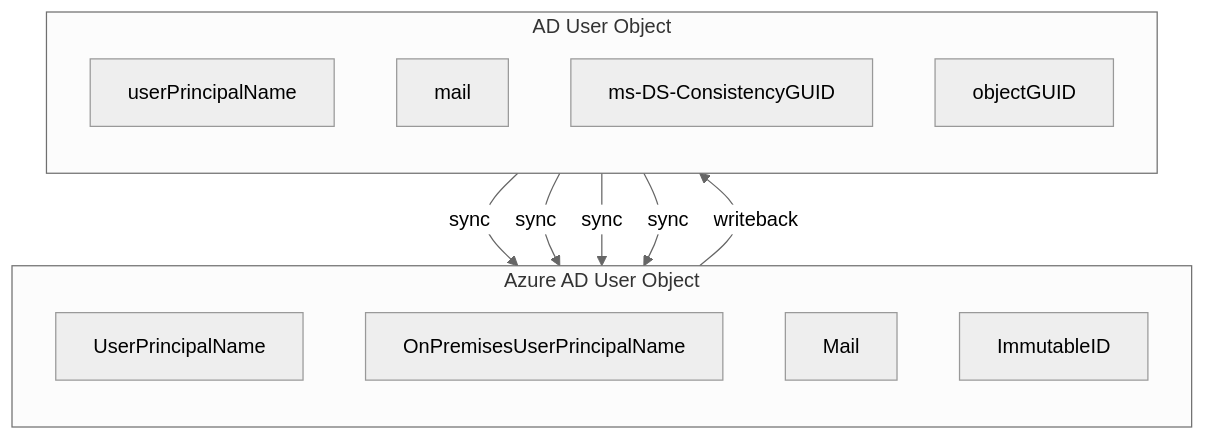
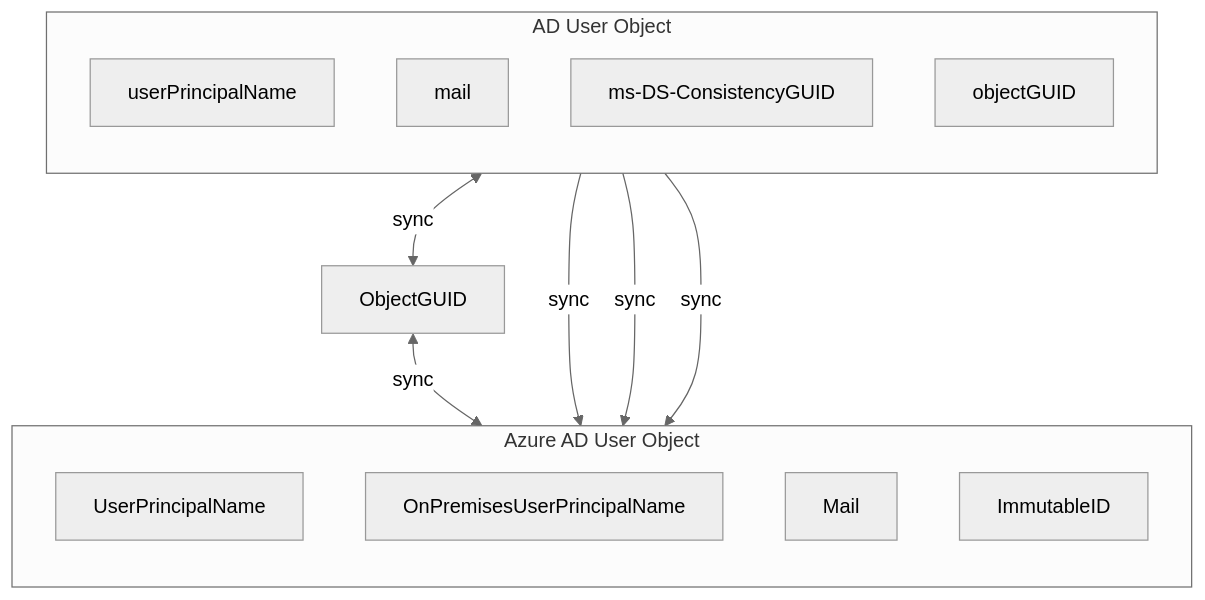
Before and after one commit to amasse3/AzureAD-Baseline-MLZ: the diagram in doc/AAD-CertificateBasedAuthentication-DODPKI.md, drawn with Mermaid (neutral theme).

`````diff
--- a/doc/AAD-CertificateBasedAuthentication-DODPKI.md
+++ b/doc/AAD-CertificateBasedAuthentication-DODPKI.md
@@ -28,21 +28,21 @@
 ````mermaid
 flowchart TD
     subgraph Azure AD User Object
     direction TB
     UserPrincipalName
     OnPremisesUserPrincipalName
     Mail
     ImmutableID
     end
     subgraph AD User Object
     direction TB
     userPrincipalName
     mail
     ms-DS-ConsistencyGUID
     objectGUID
     end
     userPrincipalName--sync-->OnPremisesUserPrincipalName
     mail--sync-->UserPrincipalName
     mail--sync-->Mail
-    objectGUID--sync-->ImmutableID--writeback-->ms-DS-ConsistencyGUID
+    ms-DS-ConsistencyGUID<--sync-->ObjectGUID<--sync-->ImmutableID
 ````
`````
